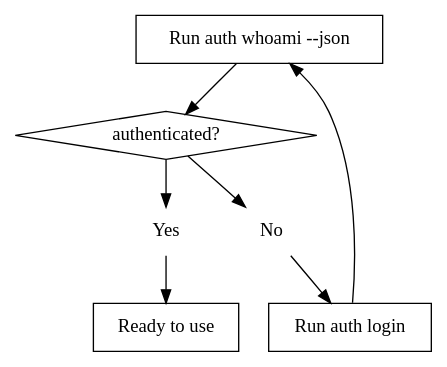
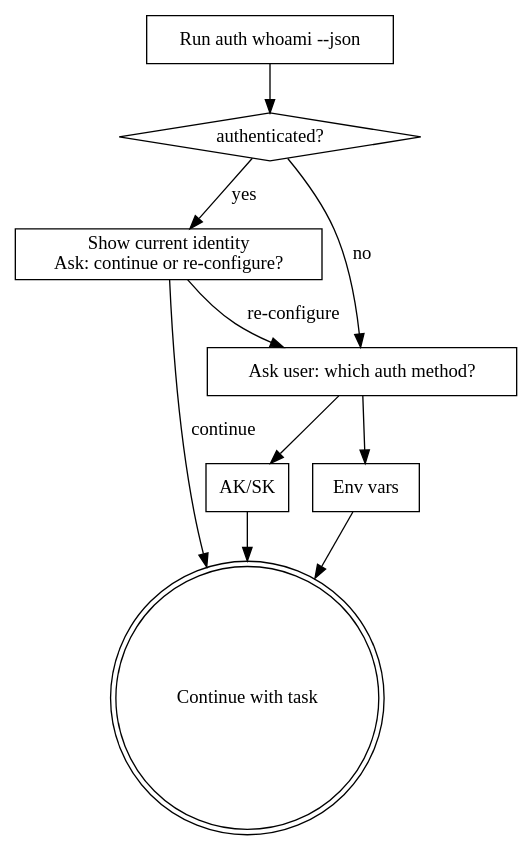
Before and after one commit to aliyun/aliyun-odps-console: the diagram in src/maxc_cli/skills/SKILL.md, drawn with Graphviz. The commit also changed other lines of this file and 3 other files, not shown here.

````diff
--- a/src/maxc_cli/skills/SKILL.md
+++ b/src/maxc_cli/skills/SKILL.md
@@ -30,14 +26,21 @@
 ```dot
 digraph bootstrap {
     "Run auth whoami --json" [shape=box];
     "authenticated?" [shape=diamond];
-    "Yes" [shape=none];
-    "No" [shape=none];
-    "Ready to use" [shape=box];
-    "Run auth login" [shape=box];
+    "Show current identity\nAsk: continue or re-configure?" [shape=box];
+    "Continue with task" [shape=doublecircle];
+    "Ask user: which auth method?" [shape=box];
+    "AK/SK" [shape=box];
+    "Env vars" [shape=box];
+
     "Run auth whoami --json" -> "authenticated?";
-    "authenticated?" -> "Yes" -> "Ready to use";
-    "authenticated?" -> "No" -> "Run auth login";
-    "Run auth login" -> "Run auth whoami --json";
+    "authenticated?" -> "Show current identity\nAsk: continue or re-configure?" [label="yes"];
+    "authenticated?" -> "Ask user: which auth method?" [label="no"];
+    "Show current identity\nAsk: continue or re-configure?" -> "Continue with task" [label="continue"];
+    "Show current identity\nAsk: continue or re-configure?" -> "Ask user: which auth method?" [label="re-configure"];
+    "Ask user: which auth method?" -> "AK/SK";
+    "Ask user: which auth method?" -> "Env vars";
+    "AK/SK" -> "Continue with task";
+    "Env vars" -> "Continue with task";
 }
 ```
````
